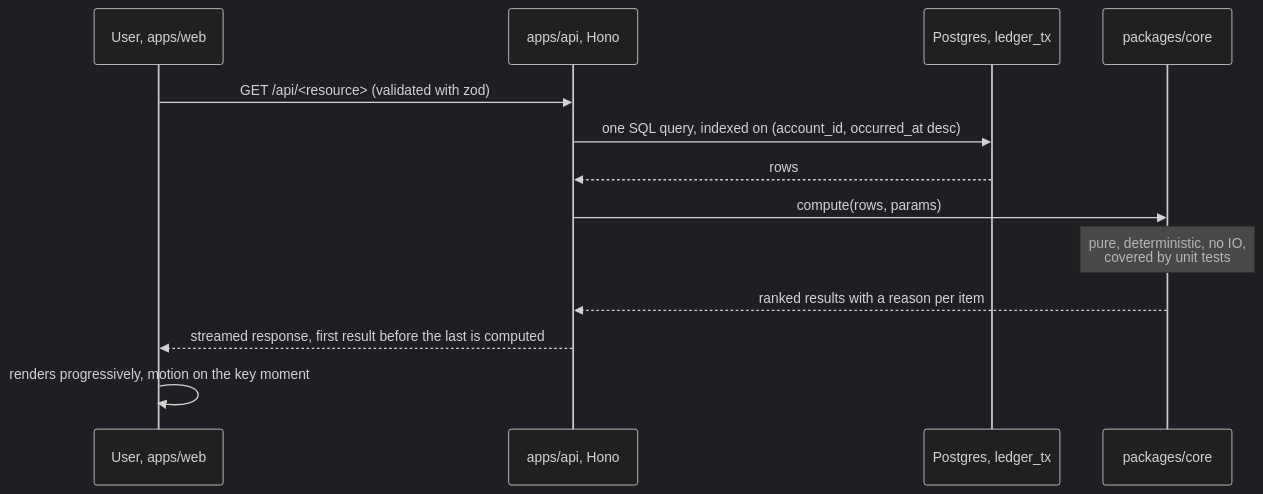
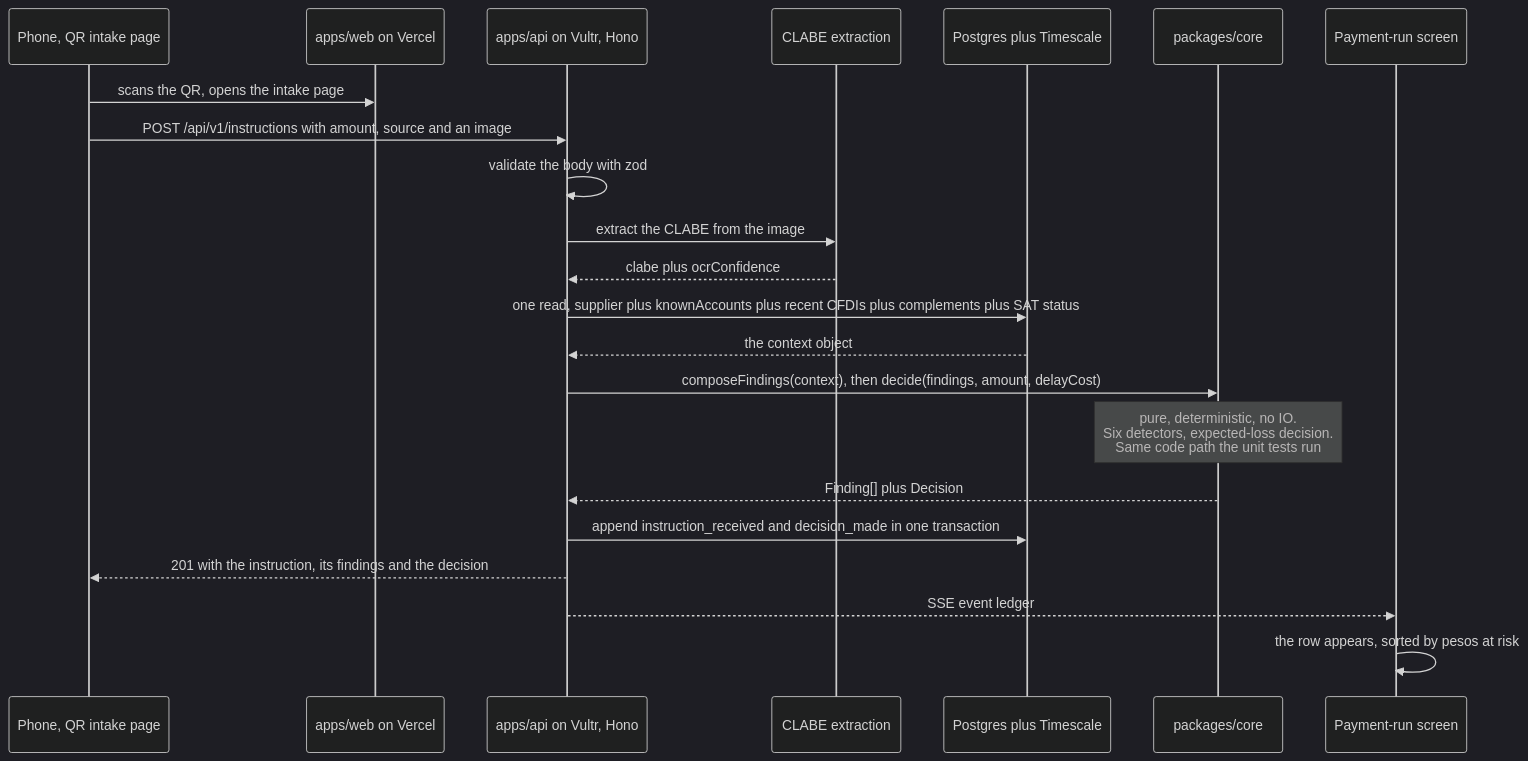
The second of 2 diagrams in docs/07-architecture.md (garzario/CapitalOneHackMTY), drawn with Mermaid (dark theme) before and after one commit. The commit also changed other lines of this file and 7 other files, not shown here.

First line of the commit message:
docs: persona, journey, architecture, data model, demo, pitch, judge sheet and Devpost copy (#98)

````diff
--- a/docs/07-architecture.md
+++ b/docs/07-architecture.md
@@ -54,15 +87,24 @@
 ```mermaid
 sequenceDiagram
-  participant U as User, apps/web
-  participant A as apps/api, Hono
-  participant D as Postgres, ledger_tx
+  participant J as Phone, QR intake page
+  participant W as apps/web on Vercel
+  participant A as apps/api on Vultr, Hono
+  participant O as CLABE extraction
+  participant D as Postgres plus Timescale
   participant K as packages/core
-  U->>A: GET /api/<resource> (validated with zod)
-  A->>D: one SQL query, indexed on (account_id, occurred_at desc)
-  D-->>A: rows
-  A->>K: compute(rows, params)
-  Note over K: pure, deterministic, no IO,<br/>covered by unit tests
-  K-->>A: ranked results with a reason per item
-  A-->>U: streamed response, first result before the last is computed
-  U->>U: renders progressively, motion on the key moment
+  participant B as Payment-run screen
+  J->>W: scans the QR, opens the intake page
+  J->>A: POST /api/v1/instructions with amount, source and an image
+  A->>A: validate the body with zod
+  A->>O: extract the CLABE from the image
+  O-->>A: clabe plus ocrConfidence
+  A->>D: one read, supplier plus knownAccounts plus recent CFDIs plus complements plus SAT status
+  D-->>A: the context object
+  A->>K: composeFindings(context), then decide(findings, amount, delayCost)
+  Note over K: pure, deterministic, no IO.<br/>Six detectors, expected-loss decision.<br/>Same code path the unit tests run
+  K-->>A: Finding[] plus Decision
+  A->>D: append instruction_received and decision_made in one transaction
+  A-->>J: 201 with the instruction, its findings and the decision
+  A-->>B: SSE event ledger
+  B->>B: the row appears, sorted by pesos at risk
 ```
````
